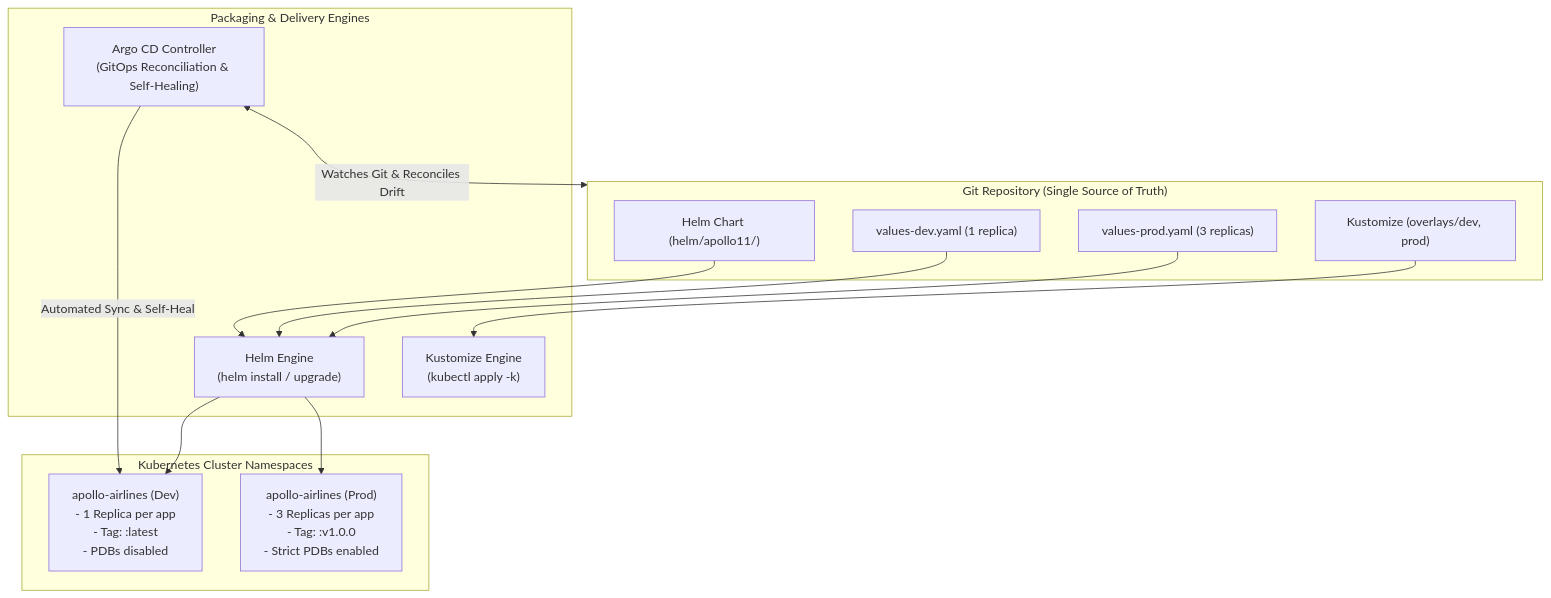
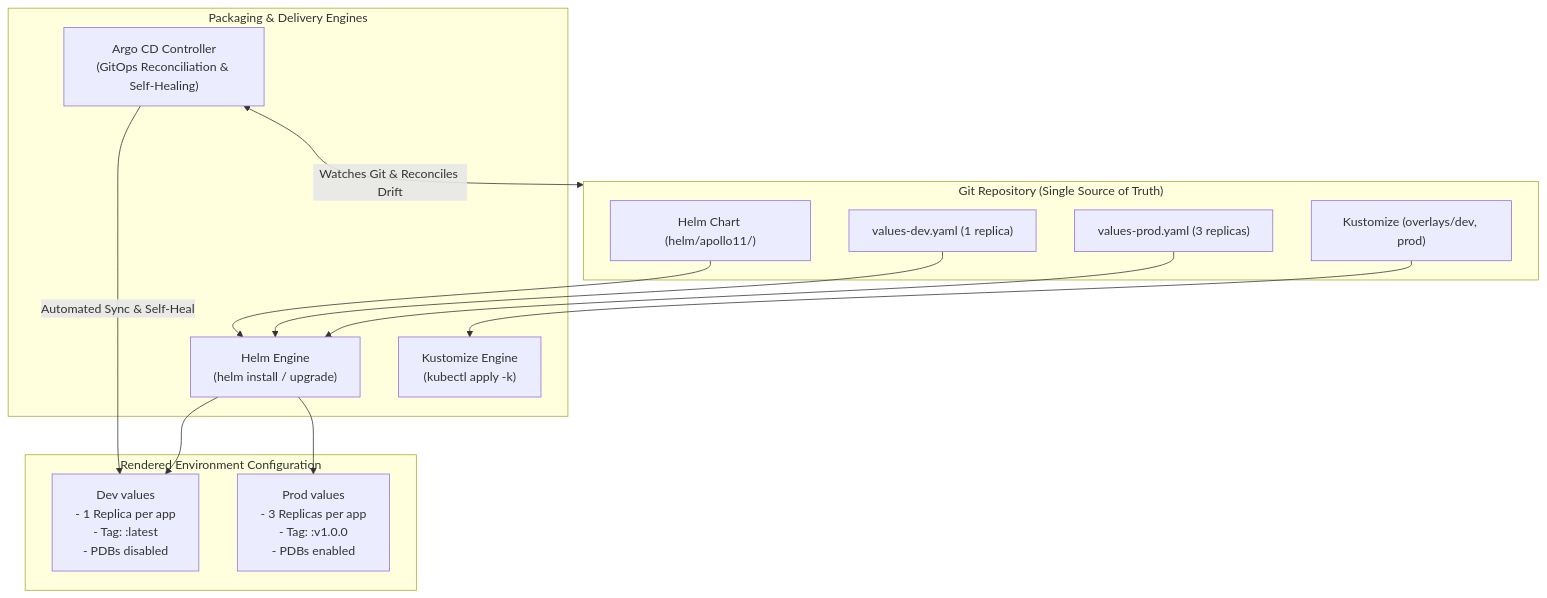
One commit to darshan-raul/apollo11-docs changed the diagram in docs/stage-5.md. Above: the diagram before and after it, drawn with Mermaid. The commit also changed other lines of this file and 22 other files, not shown here.

````diff
--- a/docs/stage-5.md
+++ b/docs/stage-5.md
@@ -16,30 +25,30 @@
 ```mermaid
 flowchart TD
   subgraph SourceControl ["Git Repository (Single Source of Truth)"]
     HC["Helm Chart (helm/apollo11/)"]
     VDEV["values-dev.yaml (1 replica)"]
     VPROD["values-prod.yaml (3 replicas)"]
     KO["Kustomize (overlays/dev, prod)"]
   end
 
   subgraph DeliveryMechanisms ["Packaging & Delivery Engines"]
     HelmEng["Helm Engine\n(helm install / upgrade)"]
     KustEng["Kustomize Engine\n(kubectl apply -k)"]
     ArgoEng["Argo CD Controller\n(GitOps Reconciliation & Self-Healing)"]
   end
 
-  subgraph Environments ["Kubernetes Cluster Namespaces"]
-    DevNS["apollo-airlines (Dev)\n- 1 Replica per app\n- Tag: :latest\n- PDBs disabled"]
-    ProdNS["apollo-airlines (Prod)\n- 3 Replicas per app\n- Tag: :v1.0.0\n- Strict PDBs enabled"]
+  subgraph Environments ["Rendered Environment Configuration"]
+    DevNS["Dev values\n- 1 Replica per app\n- Tag: :latest\n- PDBs disabled"]
+    ProdNS["Prod values\n- 3 Replicas per app\n- Tag: :v1.0.0\n- PDBs enabled"]
   end
 
   HC --> HelmEng
   VDEV --> HelmEng
   VPROD --> HelmEng
   KO --> KustEng
 
   HelmEng --> DevNS
   HelmEng --> ProdNS
   ArgoEng <-->|Watches Git & Reconciles Drift| SourceControl
   ArgoEng -->|Automated Sync & Self-Heal| DevNS
 ```
````
